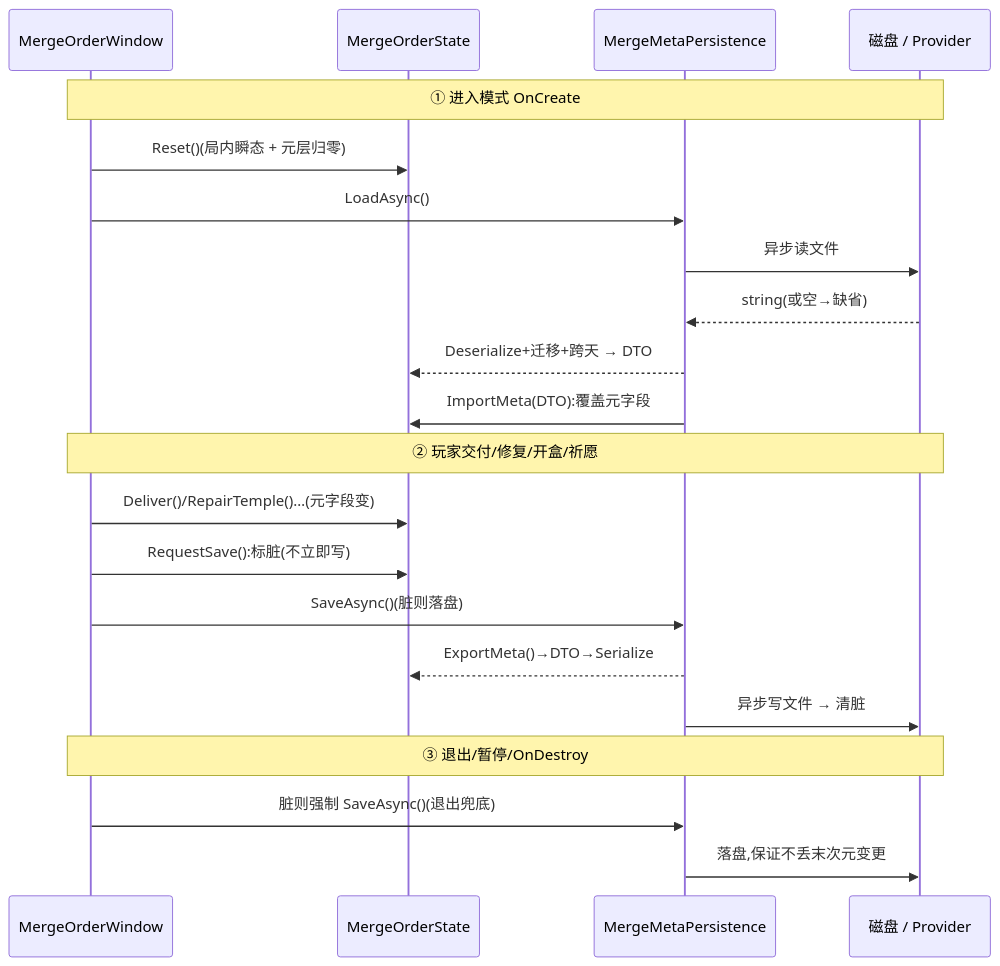
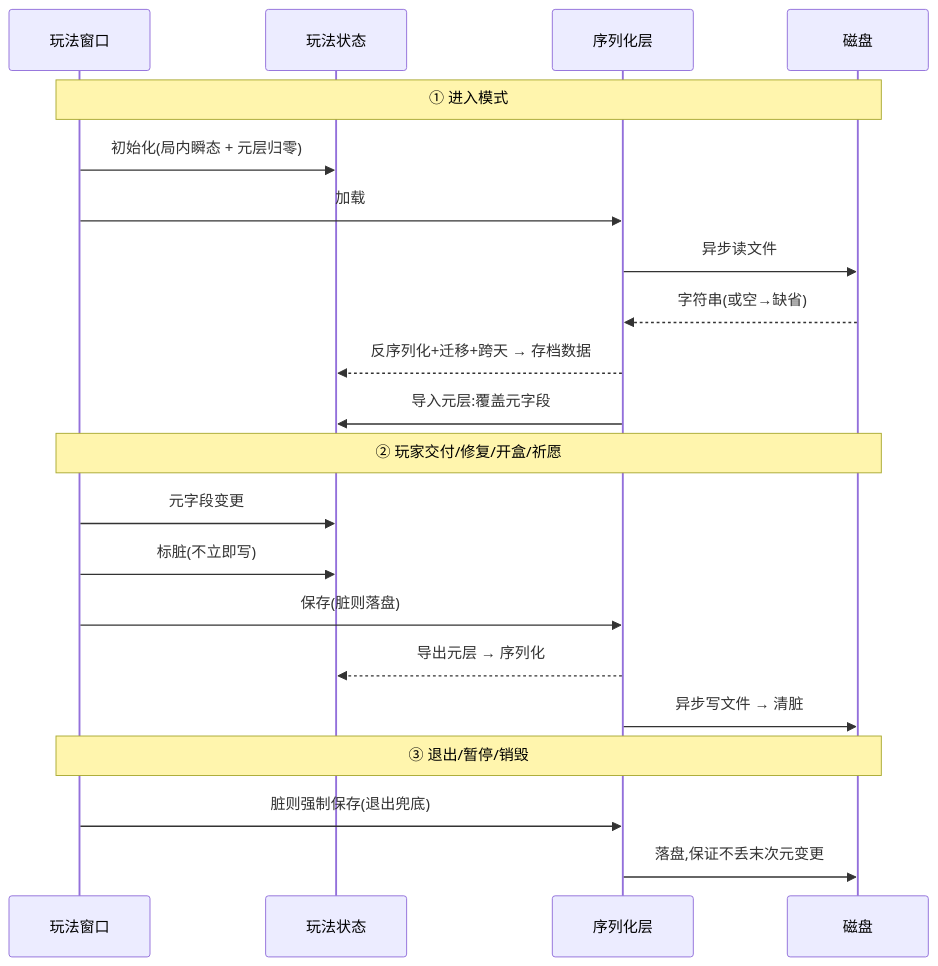
Before and after one commit to zhoupeng921101/TEngine_zp: the second of 2 diagrams in UnityProject/design-docs/14-save-system.md, drawn with Mermaid. The commit also changed other lines of this file and 20 other files, not shown here.

````diff
--- a/UnityProject/design-docs/14-save-system.md
+++ b/UnityProject/design-docs/14-save-system.md
@@ -229,23 +219,23 @@
 ```mermaid
 sequenceDiagram
-    participant W as MergeOrderWindow
-    participant S as MergeOrderState
-    participant P as MergeMetaPersistence
-    participant D as 磁盘 / Provider
-    Note over W,D: ① 进入模式 OnCreate
-    W->>S: Reset()(局内瞬态 + 元层归零)
-    W->>P: LoadAsync()
+    participant W as 玩法窗口
+    participant S as 玩法状态
+    participant P as 序列化层
+    participant D as 磁盘
+    Note over W,D: ① 进入模式
+    W->>S: 初始化(局内瞬态 + 元层归零)
+    W->>P: 加载
     P->>D: 异步读文件
-    D-->>P: string(或空→缺省)
-    P-->>S: Deserialize+迁移+跨天 → DTO
-    P->>S: ImportMeta(DTO):覆盖元字段
+    D-->>P: 字符串(或空→缺省)
+    P-->>S: 反序列化+迁移+跨天 → 存档数据
+    P->>S: 导入元层:覆盖元字段
     Note over W,D: ② 玩家交付/修复/开盒/祈愿
-    W->>S: Deliver()/RepairTemple()…(元字段变)
-    W->>S: RequestSave():标脏(不立即写)
-    W->>P: SaveAsync()(脏则落盘)
-    P-->>S: ExportMeta()→DTO→Serialize
+    W->>S: 元字段变更
+    W->>S: 标脏(不立即写)
+    W->>P: 保存(脏则落盘)
+    P-->>S: 导出元层 → 序列化
     P->>D: 异步写文件 → 清脏
-    Note over W,D: ③ 退出/暂停/OnDestroy
-    W->>P: 脏则强制 SaveAsync()(退出兜底)
+    Note over W,D: ③ 退出/暂停/销毁
+    W->>P: 脏则强制保存(退出兜底)
     P->>D: 落盘,保证不丢末次元变更
 ```
````
